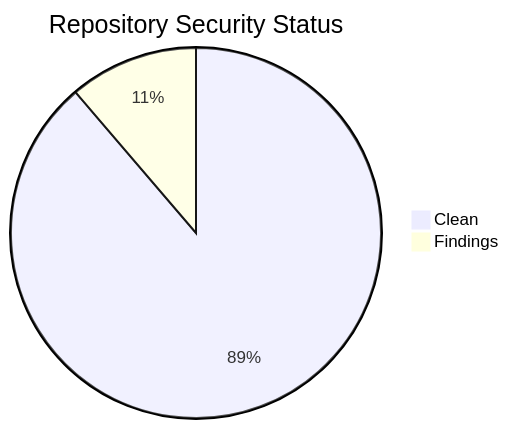
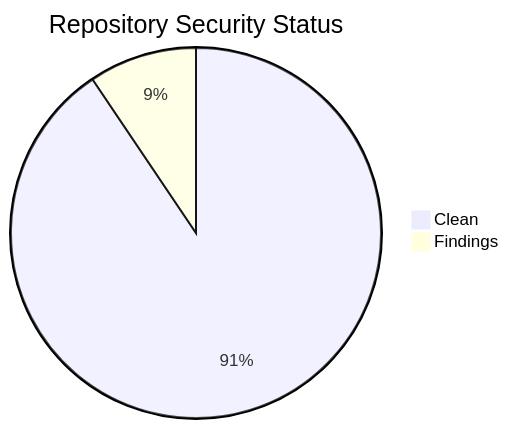
One commit to icepaule/icepaule.github.io changed the second of 2 diagrams in projects/status.md. Above: the diagram before and after it, drawn with Mermaid. The commit also changed other lines of this file and 63 other files, not shown here.

````diff
--- a/projects/status.md
+++ b/projects/status.md
@@ -134,5 +135,5 @@
 ```mermaid
 pie title Repository Security Status
-    "Clean" : 63
-    "Findings" : 8
+    "Clean" : 48
+    "Findings" : 5
 ```
````
